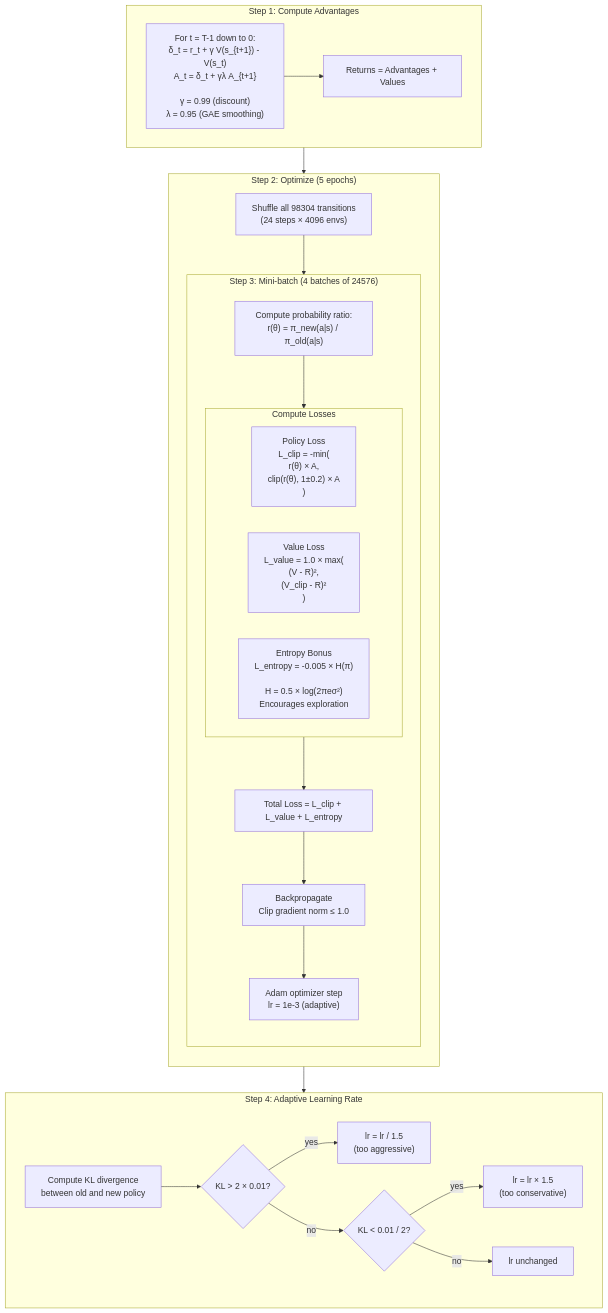
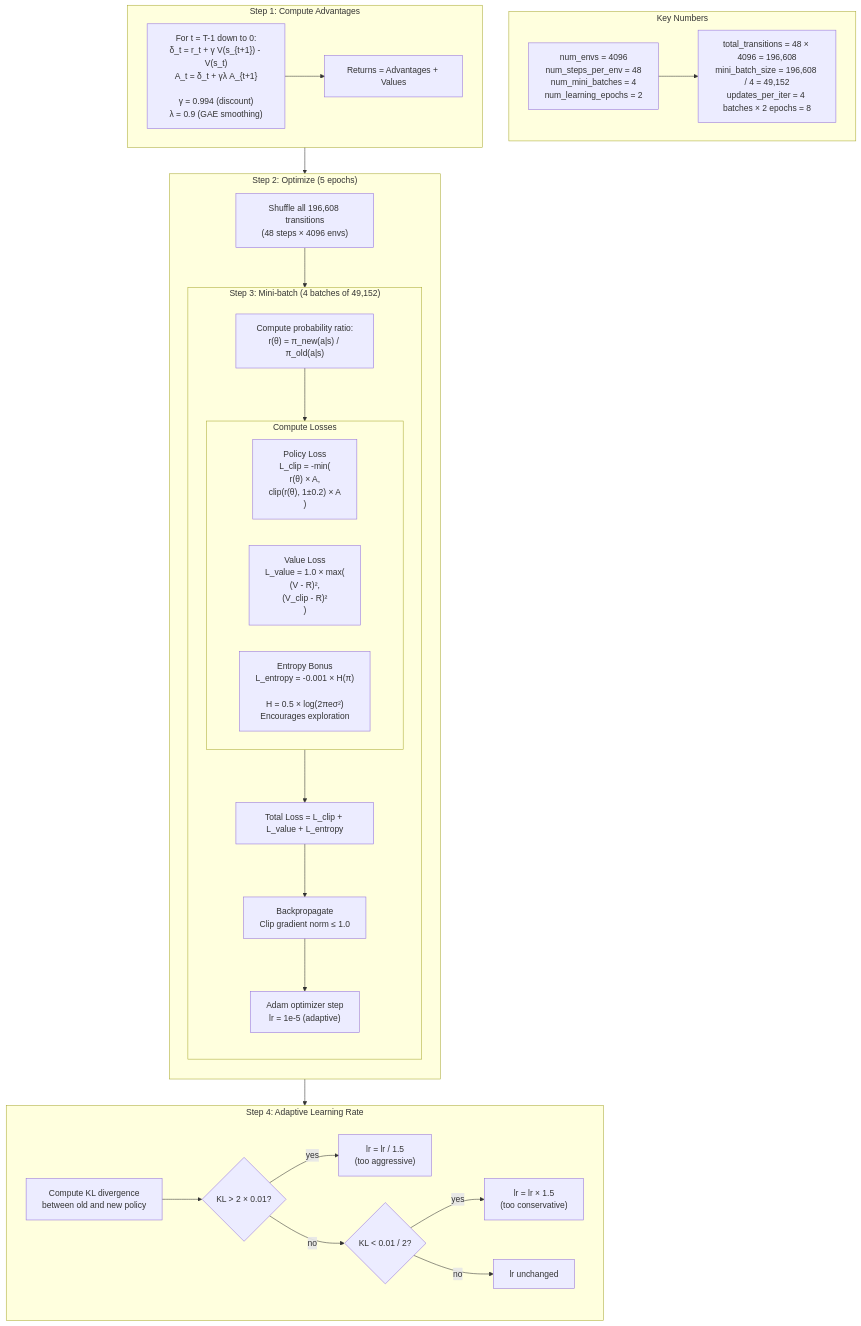
Before and after one commit to armmarov/armrobot: the fifth of 9 diagrams in docs/PPO_NETWORK.md, drawn with Mermaid. The commit also changed other lines of this file and 8 other files, not shown here.

````diff
--- a/docs/PPO_NETWORK.md
+++ b/docs/PPO_NETWORK.md
@@ -121,49 +160,56 @@
 ```mermaid
 flowchart TB
+    subgraph NUMBERS["Key Numbers"]
+        direction LR
+        N1["num_envs = 4096<br/>num_steps_per_env = 48<br/>num_mini_batches = 4<br/>num_learning_epochs = 2"]
+        N2["total_transitions = 48 × 4096 = 196,608<br/>mini_batch_size = 196,608 / 4 = 49,152<br/>updates_per_iter = 4 batches × 2 epochs = 8"]
+        N1 --> N2
+    end
+
     subgraph GAE["Step 1: Compute Advantages"]
-        G1["For t = T-1 down to 0:<br/>δ_t = r_t + γ V(s_{t+1}) - V(s_t)<br/>A_t = δ_t + γλ A_{t+1}<br/><br/>γ = 0.99 (discount)<br/>λ = 0.95 (GAE smoothing)"]
+        G1["For t = T-1 down to 0:<br/>δ_t = r_t + γ V(s_{t+1}) - V(s_t)<br/>A_t = δ_t + γλ A_{t+1}<br/><br/>γ = 0.994 (discount)<br/>λ = 0.9 (GAE smoothing)"]
         G2["Returns = Advantages + Values"]
         G1 --> G2
     end
 
     subgraph EPOCHS["Step 2: Optimize (5 epochs)"]
         direction TB
-        SHUFFLE["Shuffle all 98304 transitions<br/>(24 steps × 4096 envs)"]
+        SHUFFLE["Shuffle all 196,608 transitions<br/>(48 steps × 4096 envs)"]
 
-        subgraph MB["Step 3: Mini-batch (4 batches of 24576)"]
+        subgraph MB["Step 3: Mini-batch (4 batches of 49,152)"]
             direction TB
             RATIO["Compute probability ratio:<br/>r(θ) = π_new(a|s) / π_old(a|s)"]
 
             subgraph LOSSES["Compute Losses"]
                 direction LR
                 PL["Policy Loss<br/>L_clip = -min(<br/>  r(θ) × A,<br/>  clip(r(θ), 1±0.2) × A<br/>)"]
                 VL["Value Loss<br/>L_value = 1.0 × max(<br/>  (V - R)²,<br/>  (V_clip - R)²<br/>)"]
-                EL["Entropy Bonus<br/>L_entropy = -0.005 × H(π)<br/><br/>H = 0.5 × log(2πeσ²)<br/>Encourages exploration"]
+                EL["Entropy Bonus<br/>L_entropy = -0.001 × H(π)<br/><br/>H = 0.5 × log(2πeσ²)<br/>Encourages exploration"]
             end
 
             TOTAL["Total Loss = L_clip + L_value + L_entropy"]
             GRAD["Backpropagate<br/>Clip gradient norm ≤ 1.0"]
-            STEP["Adam optimizer step<br/>lr = 1e-3 (adaptive)"]
+            STEP["Adam optimizer step<br/>lr = 1e-5 (adaptive)"]
 
             RATIO --> LOSSES --> TOTAL --> GRAD --> STEP
         end
 
         SHUFFLE --> MB
     end
 
     subgraph KL["Step 4: Adaptive Learning Rate"]
         KL1["Compute KL divergence<br/>between old and new policy"]
         KL2{"KL > 2 × 0.01?"}
         KL3["lr = lr / 1.5<br/>(too aggressive)"]
         KL4{"KL < 0.01 / 2?"}
         KL5["lr = lr × 1.5<br/>(too conservative)"]
         KL6["lr unchanged"]
         KL1 --> KL2
         KL2 -->|yes| KL3
         KL2 -->|no| KL4
         KL4 -->|yes| KL5
         KL4 -->|no| KL6
     end
 
     GAE --> EPOCHS --> KL
 ```
````
